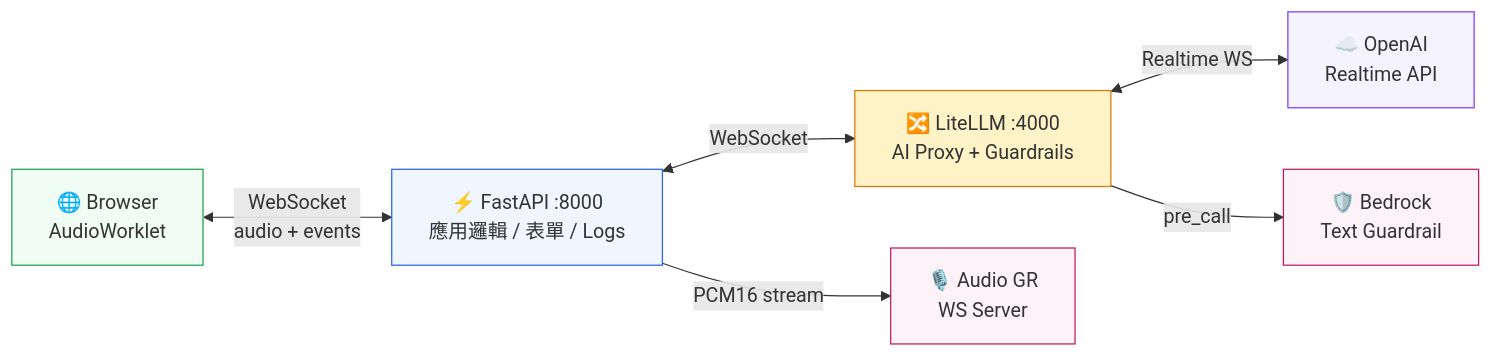
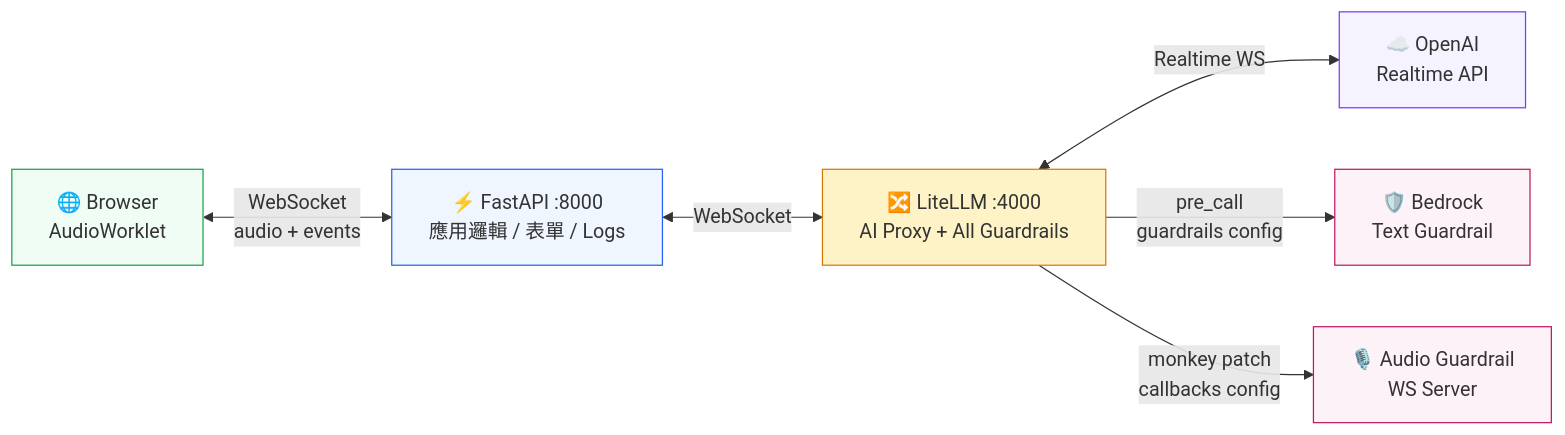
The diagram in README.md (vic4code/speech-form-filling-demo), drawn with Mermaid before and after one commit. The commit also changed 1 other file, not shown here.

Commit message:
Update architecture diagrams to reflect monkey patch approach
- System architecture: audio guardrail now inside LiteLLM, not FastAPI
- Sequence diagrams: audio streaming goes through LiteLLM monkey patch
- README: LiteLLM connects to both guardrail endpoints directly

````diff
--- a/README.md
+++ b/README.md
@@ -16,22 +16,22 @@
 ```mermaid
 graph LR
     Browser["🌐 Browser<br/>AudioWorklet"]
     FastAPI["⚡ FastAPI :8000<br/>應用邏輯 / 表單 / Logs"]
-    LiteLLM["🔀 LiteLLM :4000<br/>AI Proxy + Guardrails"]
+    LiteLLM["🔀 LiteLLM :4000<br/>AI Proxy + All Guardrails"]
     OpenAI["☁️ OpenAI<br/>Realtime API"]
     Bedrock["🛡️ Bedrock<br/>Text Guardrail"]
-    AudioGR["🎙️ Audio GR<br/>WS Server"]
+    AudioGR["🎙️ Audio Guardrail<br/>WS Server"]
 
     Browser <-->|"WebSocket<br/>audio + events"| FastAPI
     FastAPI <-->|"WebSocket"| LiteLLM
     LiteLLM <-->|"Realtime WS"| OpenAI
-    LiteLLM -->|"pre_call"| Bedrock
-    FastAPI -->|"PCM16 stream"| AudioGR
+    LiteLLM -->|"pre_call<br/>guardrails config"| Bedrock
+    LiteLLM -->|"monkey patch<br/>callbacks config"| AudioGR
 
     style Browser fill:#f0fdf4,stroke:#16a34a
     style FastAPI fill:#eff6ff,stroke:#2563eb
     style LiteLLM fill:#fef3c7,stroke:#d97706
     style Bedrock fill:#fdf2f8,stroke:#be185d
     style AudioGR fill:#fdf2f8,stroke:#be185d
     style OpenAI fill:#f5f3ff,stroke:#7c3aed
 ```
````
